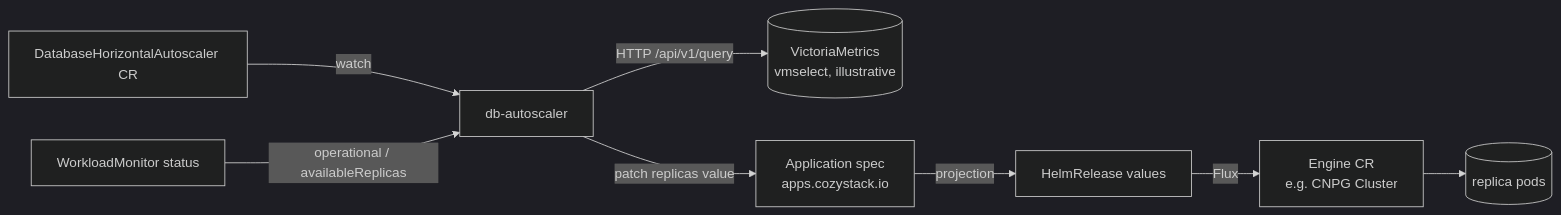
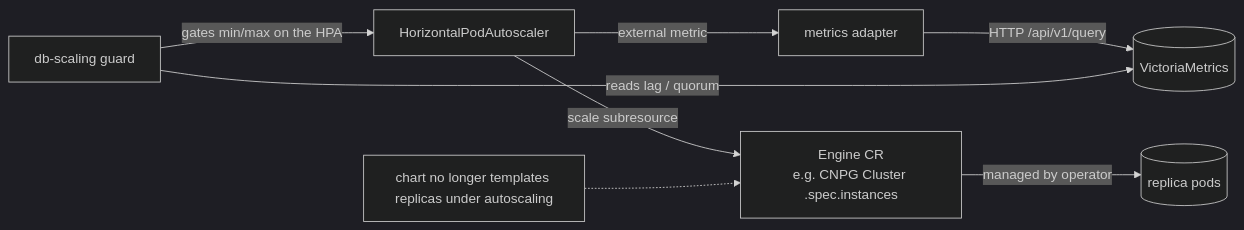
The diagram in design-proposals/database-horizontal-autoscaling/README.md (cozystack/community), drawn with Mermaid (dark theme) before and after one commit. The commit also changed other lines of this file, not shown here.

First line of the commit message:
docs(dha): revise proposal to HPA-on-scale-subresource after spike

````diff
--- a/design-proposals/database-horizontal-autoscaling/README.md
+++ b/design-proposals/database-horizontal-autoscaling/README.md
@@ -66,10 +64,10 @@
 ```mermaid
 flowchart LR
-    DHA[DatabaseHorizontalAutoscaler CR] -- watch --> OP[db-autoscaler]
-    OP -- HTTP /api/v1/query --> VM[(VictoriaMetrics<br/>vmselect, illustrative)]
-    WM[WorkloadMonitor status] -- operational / availableReplicas --> OP
-    OP -- patch replicas value --> APP[Application spec<br/>apps.cozystack.io]
-    APP -- projection --> HR[HelmRelease values]
-    HR -- Flux --> CR[Engine CR<br/>e.g. CNPG Cluster]
-    CR --> PODS[(replica pods)]
+    HPA[HorizontalPodAutoscaler] -- scale subresource --> CR[Engine CR<br/>e.g. CNPG Cluster .spec.instances]
+    HPA -- external metric --> ADAPTER[metrics adapter]
+    ADAPTER -- HTTP /api/v1/query --> VM[(VictoriaMetrics)]
+    GUARD[db-scaling guard] -- reads lag / quorum --> VM
+    GUARD -- gates min/max on the HPA --> HPA
+    CR -- managed by operator --> PODS[(replica pods)]
+    NOTE[chart no longer templates replicas under autoscaling] -.-> CR
 ```
````
